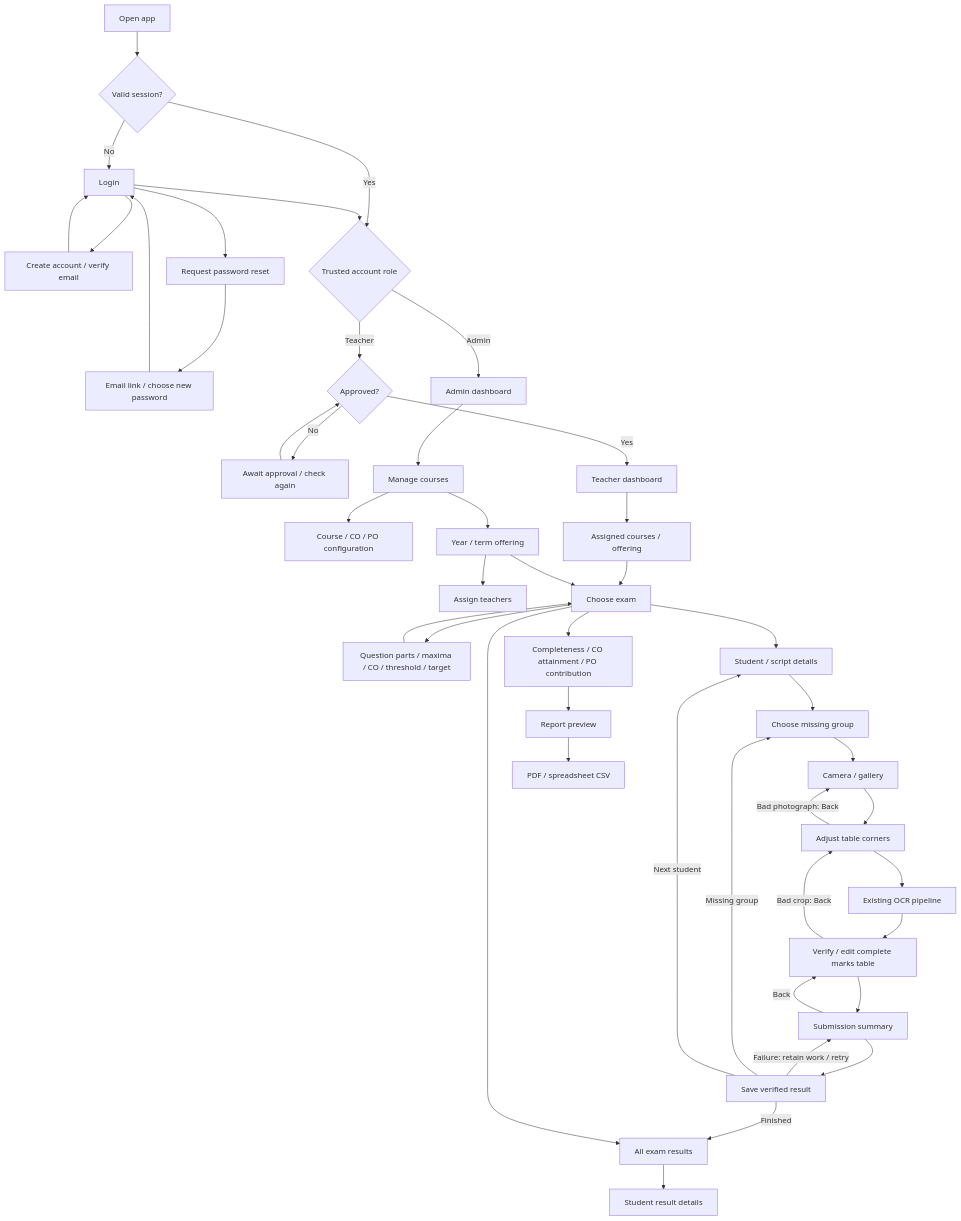
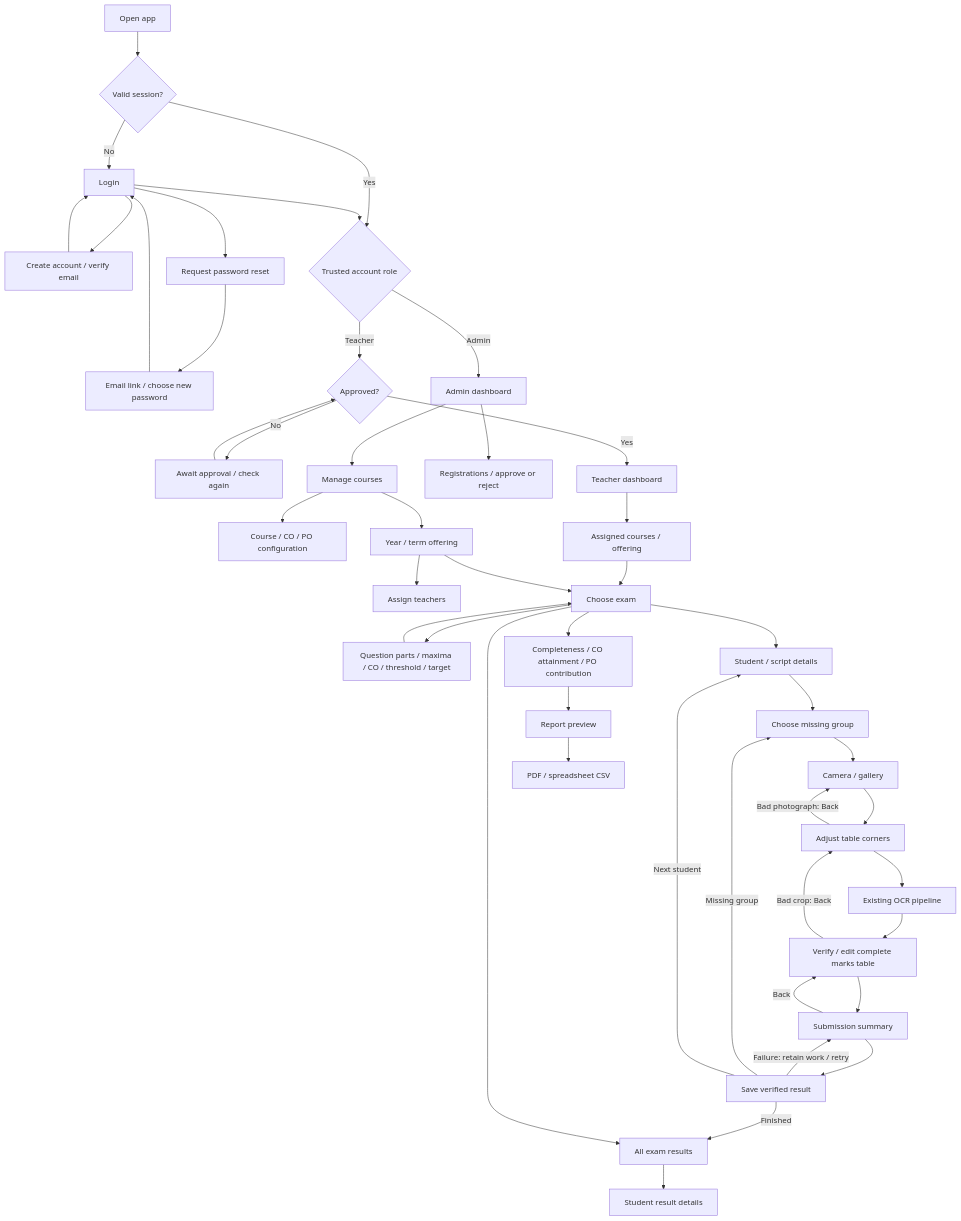
Before and after one commit to ullas-6575/OBE-Lens-X: the diagram in docs/WORKFLOW.md, drawn with Mermaid. The commit also changed other lines of this file and 94 other files, not shown here.

````diff
--- a/docs/WORKFLOW.md
+++ b/docs/WORKFLOW.md
@@ -53,46 +54,47 @@
 ```mermaid
 flowchart TD
     Entry[Open app] --> Session{Valid session?}
     Session -->|No| Login
     Login --> Signup[Create account / verify email]
     Signup --> Login
     Login --> Reset[Request password reset]
     Reset --> Recovery[Email link / choose new password]
     Recovery --> Login
     Session -->|Yes| Role{Trusted account role}
     Login --> Role
     Role -->|Admin| Admin[Admin dashboard]
     Role -->|Teacher| Approval{Approved?}
     Approval -->|No| Pending[Await approval / check again]
     Pending --> Approval
     Approval -->|Yes| Teacher[Teacher dashboard]
+    Admin --> Registrations[Registrations / approve or reject]
     Admin --> Courses[Manage courses]
     Courses --> Config[Course / CO / PO configuration]
     Courses --> Offering[Year / term offering]
     Offering --> Assign[Assign teachers]
     Teacher --> Assigned[Assigned courses / offering]
     Assigned --> Exam[Choose exam]
     Offering --> Exam
     Exam --> Mapping[Question parts / maxima / CO / threshold / target]
     Mapping --> Exam
     Exam --> Student[Student / script details]
     Student --> Group[Choose missing group]
     Group --> Photo[Camera / gallery]
     Photo --> Crop[Adjust table corners]
     Crop --> Process[Existing OCR pipeline]
     Process --> Verify[Verify / edit complete marks table]
     Verify -->|Bad crop: Back| Crop
     Crop -->|Bad photograph: Back| Photo
     Verify --> Summary[Submission summary]
     Summary -->|Back| Verify
     Summary --> Save[Save verified result]
     Save -->|Failure: retain work / retry| Summary
     Save -->|Missing group| Group
     Save -->|Next student| Student
     Save -->|Finished| Results[All exam results]
     Exam --> Results
     Results --> Detail[Student result details]
     Exam --> Report[Completeness / CO attainment / PO contribution]
     Report --> Preview[Report preview]
     Preview --> Export[PDF / spreadsheet CSV]
 ```
````
